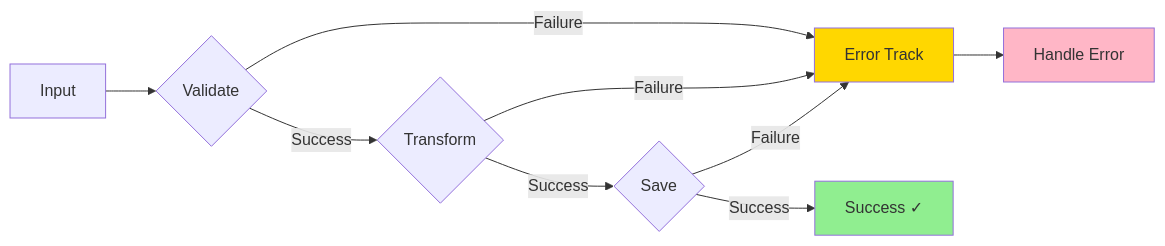
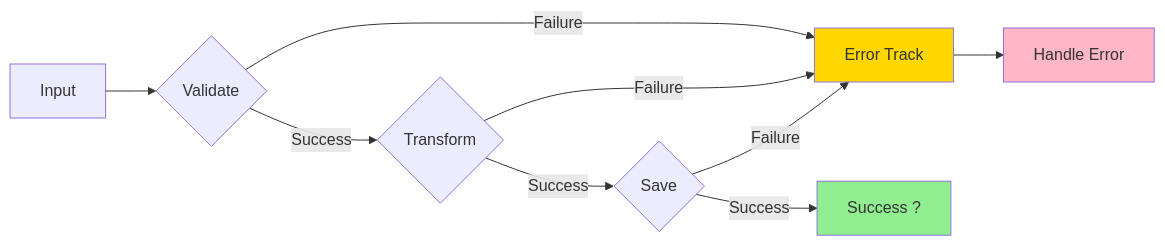
Before and after one commit to xavierjohn/FunctionalDDD: the second of 2 diagrams in docs/docfx_project/index.md, drawn with Mermaid. The commit also changed other lines of this file and 14 other files, not shown here.

````diff
--- a/docs/docfx_project/index.md
+++ b/docs/docfx_project/index.md
@@ -256,15 +279,15 @@
 ```mermaid
 graph LR
     A[Input] --> B{Validate}
     B -->|Success| C{Transform}
     B -->|Failure| E[Error Track]
     C -->|Success| D{Save}
     C -->|Failure| E
-    D -->|Success| F[Success ✓]
+    D -->|Success| F[Success ?]
     D -->|Failure| E
     E --> G[Handle Error]
     
     style F fill:#90EE90
     style E fill:#FFD700
     style G fill:#FFB6C6
 ```
````
